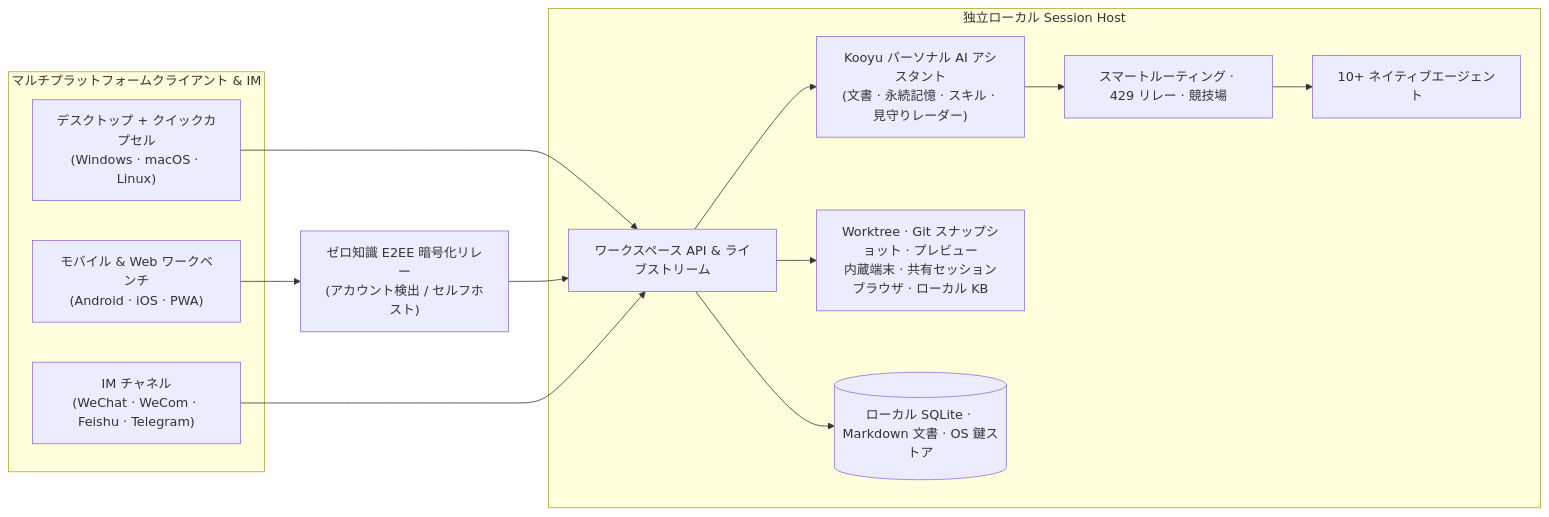
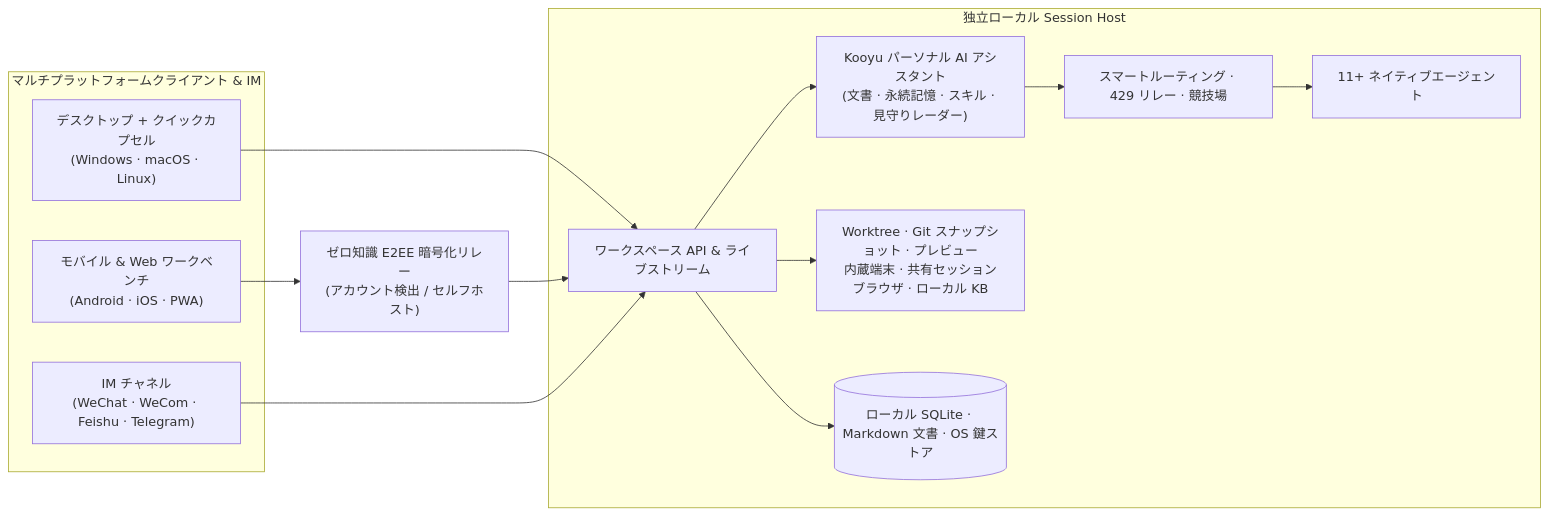
One commit to sh2001sh/Kooyu changed the diagram in README.ja.md. Above: the diagram before and after it, drawn with Mermaid. The commit also changed other lines of this file and 14 other files, not shown here.

````diff
--- a/README.ja.md
+++ b/README.ja.md
@@ -241,27 +242,27 @@
 ```mermaid
 flowchart LR
   subgraph Clients["マルチプラットフォームクライアント & IM"]
     Desktop["デスクトップ + クイックカプセル\n(Windows · macOS · Linux)"]
     Mobile["モバイル & Web ワークベンチ\n(Android · iOS · PWA)"]
     IM["IM チャネル\n(WeChat · WeCom · Feishu · Telegram)"]
   end
 
   Bridge["ゼロ知識 E2EE 暗号化リレー\n(アカウント検出 / セルフホスト)"]
 
   subgraph Host["独立ローカル Session Host"]
     API["ワークスペース API & ライブストリーム"]
     Supervisor["Kooyu パーソナル AI アシスタント\n(文書 · 永続記憶 · スキル · 見守りレーダー)"]
     Router["スマートルーティング · 429 リレー · 競技場"]
-    Adapters["10+ ネイティブエージェント"]
+    Adapters["11+ ネイティブエージェント"]
     Tools["Worktree · Git スナップショット · プレビュー\n内蔵端末 · 共有セッションブラウザ · ローカル KB"]
     Storage[("ローカル SQLite · Markdown 文書 · OS 鍵ストア")]
   end
 
   Desktop --> API
   Mobile --> Bridge --> API
   IM --> API
   API --> Supervisor
   Supervisor --> Router --> Adapters
   API --> Tools
   API --> Storage
 ```
````
